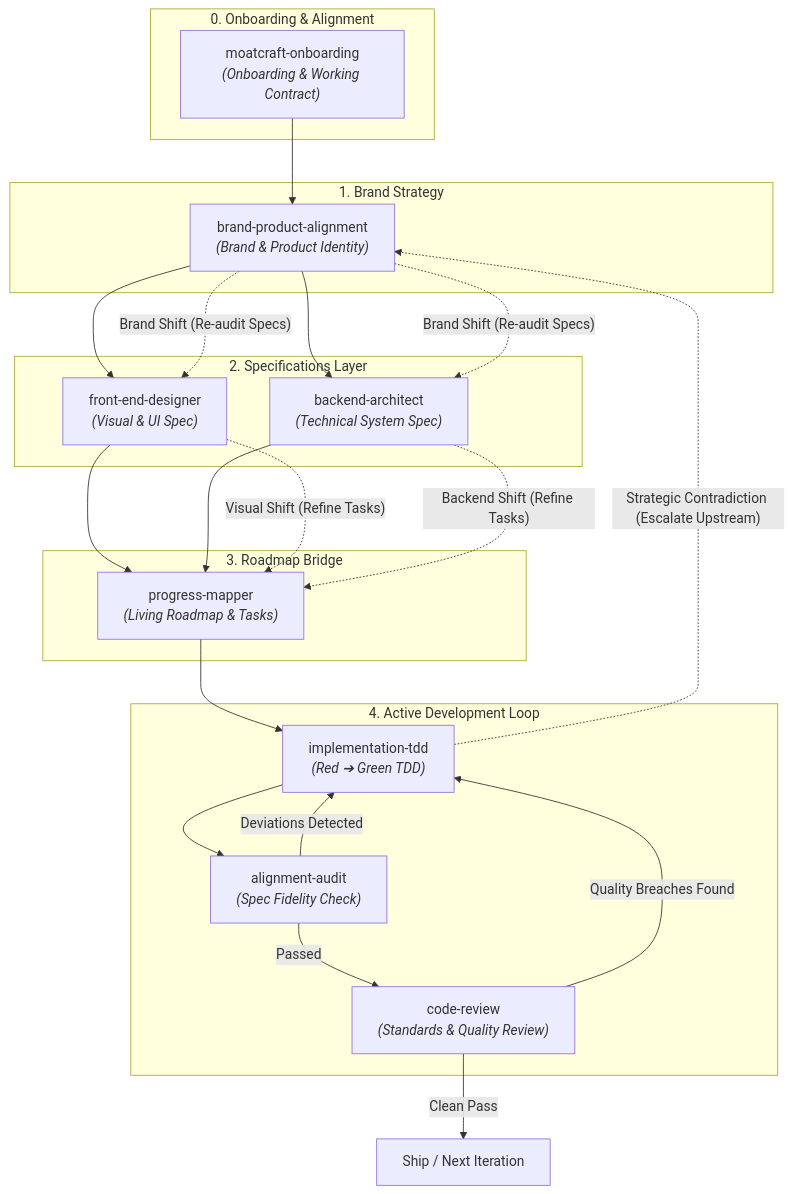
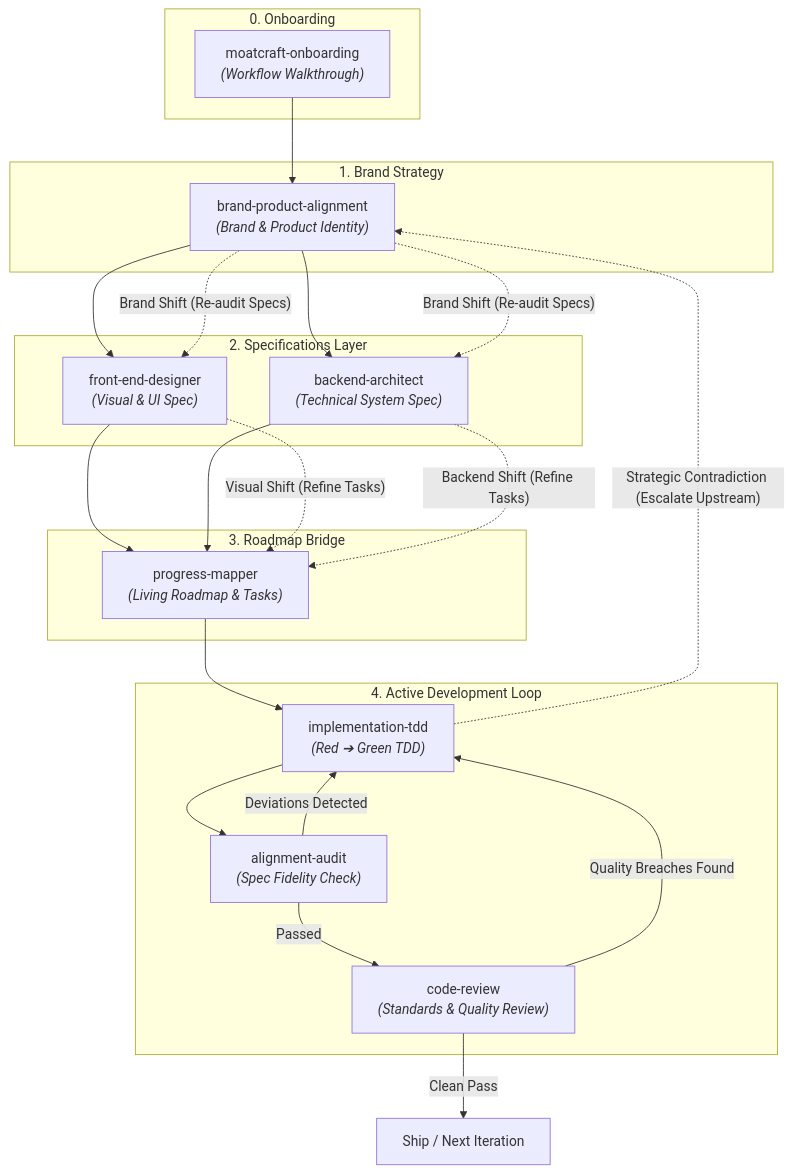
One commit to dimsedra/moatcraft-skills changed the diagram in README.md. Above: the diagram before and after it, drawn with Mermaid. The commit also changed other lines of this file and 3 other files, not shown here.

Commit message:
refactor: reframe moatcraft-onboarding as transparent agent walkthrough guide, not a contract — eliminates blackbox sensation and gives users ownership of the workflow

````diff
--- a/README.md
+++ b/README.md
@@ -29,51 +29,51 @@
 ```mermaid
 flowchart TD
-    subgraph Layer0 ["0. Onboarding & Alignment"]
-        ONB["moatcraft-onboarding<br/><i>(Onboarding & Working Contract)</i>"]
+    subgraph Layer0 ["0. Onboarding"]
+        ONB["moatcraft-onboarding<br/><i>(Workflow Walkthrough)</i>"]
     end
 
     subgraph Layer1 ["1. Brand Strategy"]
         A["brand-product-alignment<br/><i>(Brand & Product Identity)</i>"]
     end
 
     subgraph Layer2 ["2. Specifications Layer"]
         B1["front-end-designer<br/><i>(Visual & UI Spec)</i>"]
         B2["backend-architect<br/><i>(Technical System Spec)</i>"]
     end
 
     subgraph Layer3 ["3. Roadmap Bridge"]
         MAP["progress-mapper<br/><i>(Living Roadmap & Tasks)</i>"]
     end
 
     subgraph Layer4 ["4. Active Development Loop"]
         TDD["implementation-tdd<br/><i>(Red ➔ Green TDD)</i>"]
         AUDIT["alignment-audit<br/><i>(Spec Fidelity Check)</i>"]
         REVIEW["code-review<br/><i>(Standards & Quality Review)</i>"]
     end
 
     SHIP["Ship / Next Iteration"]
 
     %% Primary Downstream Flow
     ONB --> A
     A --> B1
     A --> B2
     B1 --> MAP
     B2 --> MAP
     MAP --> TDD
 
     %% Active Inner Loop
     TDD --> AUDIT
     AUDIT -- "Deviations Detected" --> TDD
     AUDIT -- "Passed" --> REVIEW
     REVIEW -- "Quality Breaches Found" --> TDD
     REVIEW -- "Clean Pass" --> SHIP
 
     %% Mid-Flight Cascade Re-audit
     A -. "Brand Shift (Re-audit Specs)" .-> B1
     A -. "Brand Shift (Re-audit Specs)" .-> B2
     B1 -. "Visual Shift (Refine Tasks)" .-> MAP
     B2 -. "Backend Shift (Refine Tasks)" .-> MAP
 
     %% Bottom-Up Strategic Escalation
     TDD -. "Strategic Contradiction (Escalate Upstream)" .-> A
 ```
````
